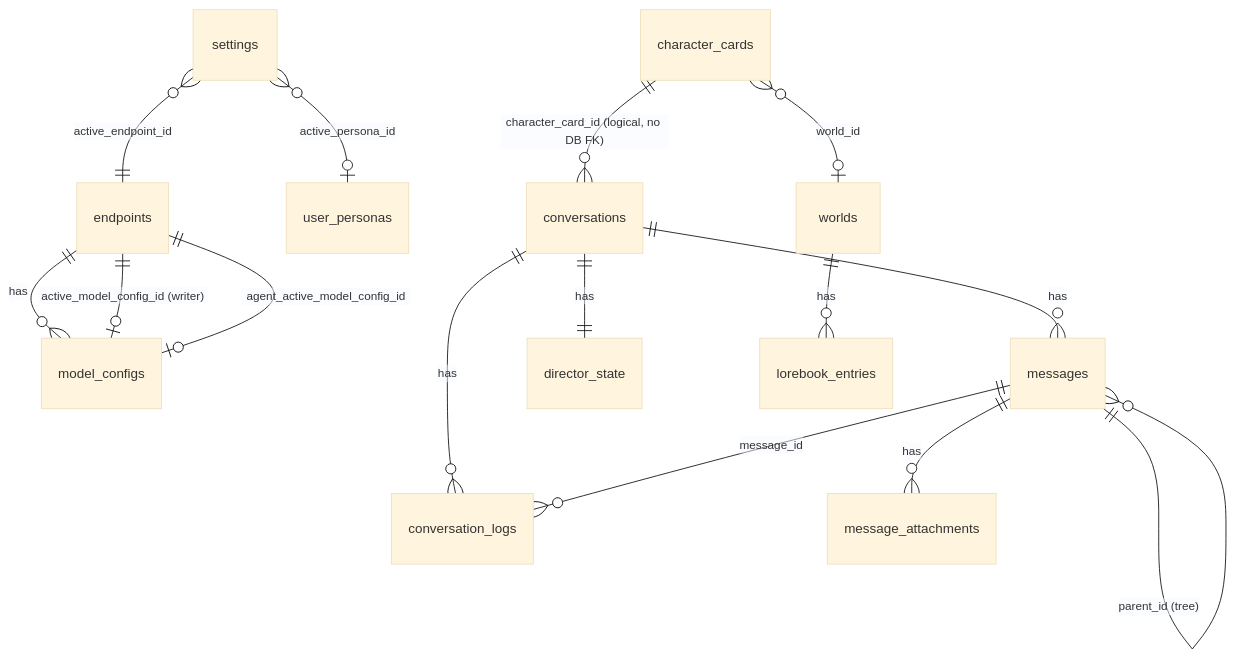
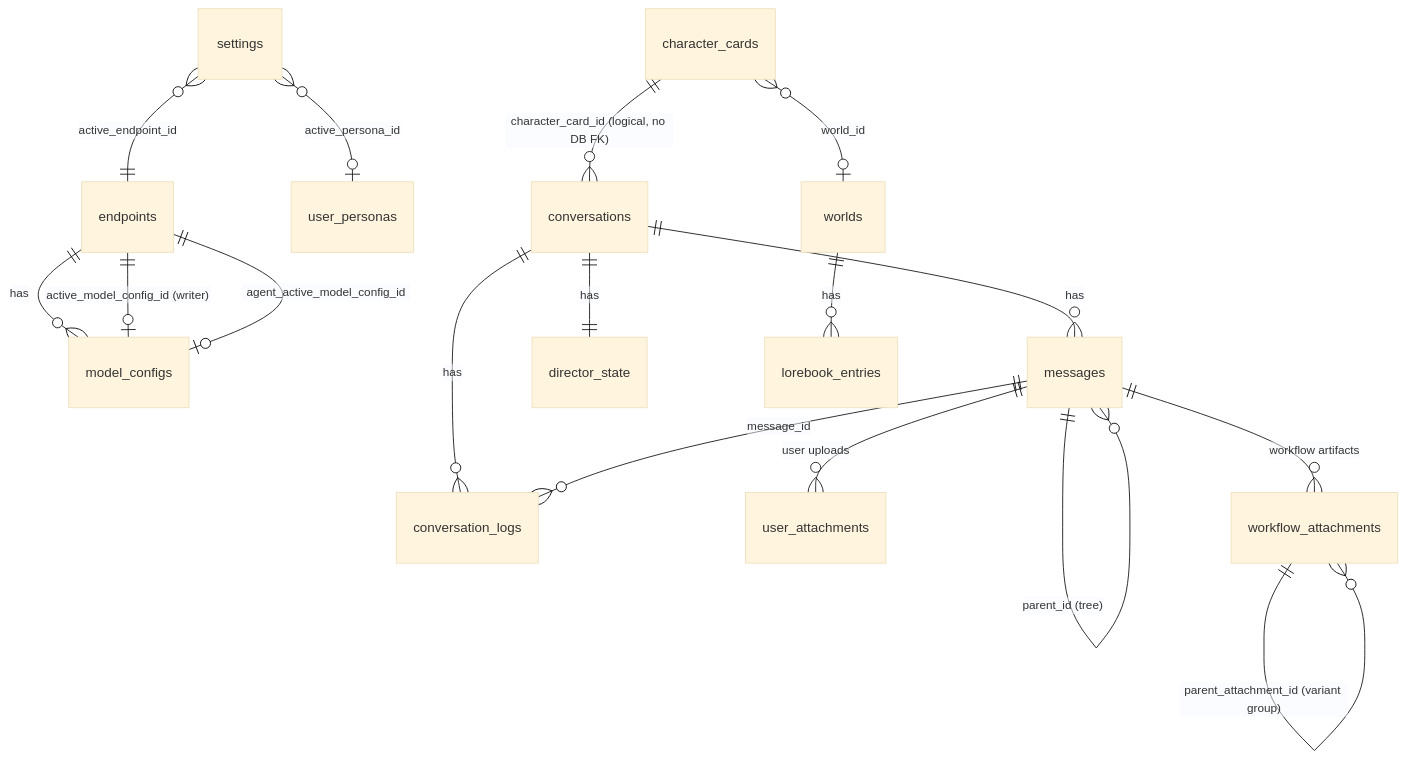
One commit to OrbFrontend/Orb changed the third of 4 diagrams in AGENTS.md. Above: the diagram before and after it, drawn with Mermaid (base theme). The commit also changed other lines of this file, not shown here.

````diff
--- a/AGENTS.md
+++ b/AGENTS.md
@@ -186,17 +210,19 @@
 ```mermaid
 erDiagram
     endpoints ||--o{ model_configs : has
     settings }o--|| endpoints : "active_endpoint_id"
     endpoints ||--o| model_configs : "active_model_config_id (writer)"
     endpoints ||--o| model_configs : "agent_active_model_config_id"
     settings }o--o| user_personas : "active_persona_id"
     character_cards ||--o{ conversations : "character_card_id (logical, no DB FK)"
     conversations ||--o{ messages : has
     messages ||--o{ messages : "parent_id (tree)"
     conversations ||--|| director_state : has
     conversations ||--o{ conversation_logs : has
     messages ||--o{ conversation_logs : "message_id"
-    messages ||--o{ message_attachments : has
+    messages ||--o{ user_attachments : "user uploads"
+    messages ||--o{ workflow_attachments : "workflow artifacts"
+    workflow_attachments ||--o{ workflow_attachments : "parent_attachment_id (variant group)"
     character_cards }o--o| worlds : "world_id"
     worlds ||--o{ lorebook_entries : has
 ```
````
